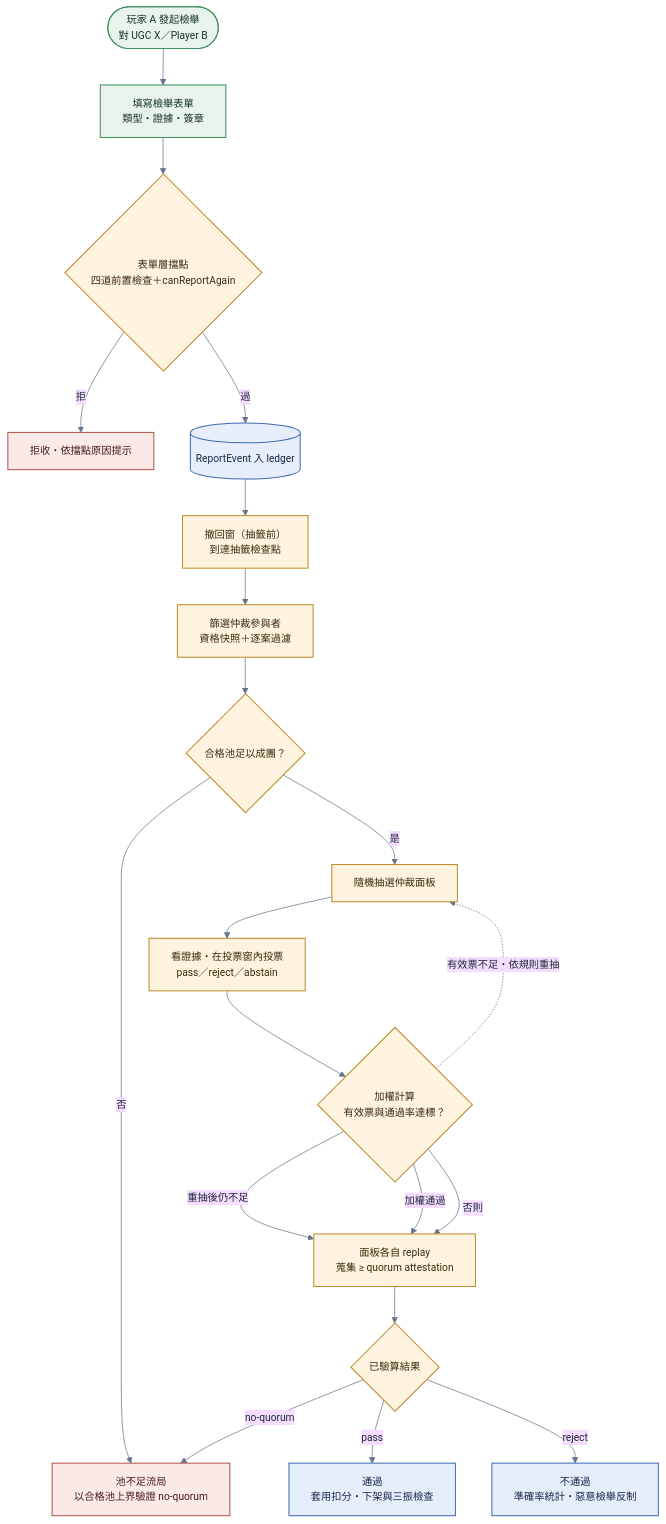
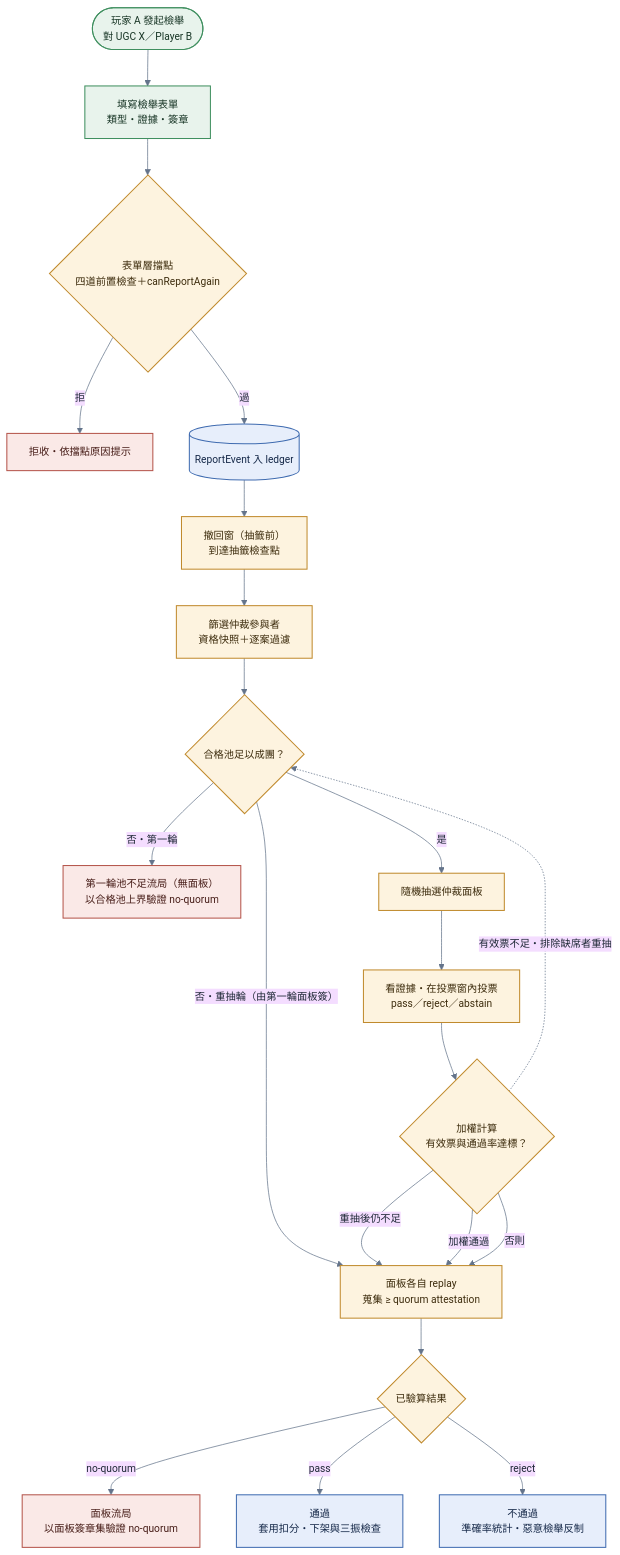
Before and after one commit to xjustloveux/open-4wd-specs: the first of 3 diagrams in 流程/檢舉與仲裁.md, drawn with Mermaid. The commit also changed other lines of this file and 10 other files, not shown here.

First line of the commit message:
docs: 仲裁年資以名義抽籤點計與流程圖修正

````diff
--- a/流程/檢舉與仲裁.md
+++ b/流程/檢舉與仲裁.md
@@ -17,32 +17,33 @@
 ```mermaid
 %%{init: {"theme":"base","themeVariables":{"fontSize":"14px","primaryTextColor":"#1f2937","lineColor":"#64748b"},"flowchart":{"curve":"basis"}}}%%
 flowchart TD
     A(["玩家 A 發起檢舉<br/>對 UGC X／Player B"]) --> B["填寫檢舉表單<br/>類型・證據・簽章"]
     B --> C{"表單層擋點<br/>四道前置檢查＋canReportAgain"}
     C -->|"拒"| XR["拒收・依擋點原因提示"]
     C -->|"過"| D[("ReportEvent 入 ledger")]
     D --> E["撤回窗（抽籤前）<br/>到達抽籤檢查點"]
     E --> F["篩選仲裁參與者<br/>資格快照＋逐案過濾"]
     F --> G{"合格池足以成團？"}
-    G -->|"否"| XF["池不足流局<br/>以合格池上界驗證 no-quorum"]
+    G -->|"否・第一輪"| XF["第一輪池不足流局（無面板）<br/>以合格池上界驗證 no-quorum"]
+    G -->|"否・重抽輪（由第一輪面板簽）"| M
     G -->|"是"| H["隨機抽選仲裁面板"]
     H --> I["看證據・在投票窗內投票<br/>pass／reject／abstain"]
     I --> J{"加權計算<br/>有效票與通過率達標？"}
-    J -.->|"有效票不足・依規則重抽"| H
+    J -.->|"有效票不足・排除缺席者重抽"| G
     J -->|"重抽後仍不足"| M["面板各自 replay<br/>蒐集 ≥ quorum attestation"]
     J -->|"加權通過"| M
     J -->|"否則"| M
     M --> R{"已驗算結果"}
-    R -->|"no-quorum"| XF
+    R -->|"no-quorum"| XQ["面板流局<br/>以面板簽章集驗證 no-quorum"]
     R -->|"pass"| K["通過<br/>套用扣分・下架與三振檢查"]
     R -->|"reject"| L["不通過<br/>準確率統計・惡意檢舉反制"]
 
     classDef local fill:#e8f3ec,stroke:#3f8f5f,stroke-width:1.4px,color:#173525;
     classDef consensus fill:#fdf3df,stroke:#c08a2d,stroke-width:1.4px,color:#3d2c0d;
     classDef chain fill:#e7eefb,stroke:#3f6bb0,stroke-width:1.4px,color:#152848;
     classDef fail fill:#fae9e7,stroke:#b4544a,stroke-width:1.4px,color:#471d18;
     class A,B local
     class C,E,F,G,H,I,J,M,R consensus
     class D,K,L chain
-    class XR,XF fail
+    class XR,XF,XQ fail
 ```
````
